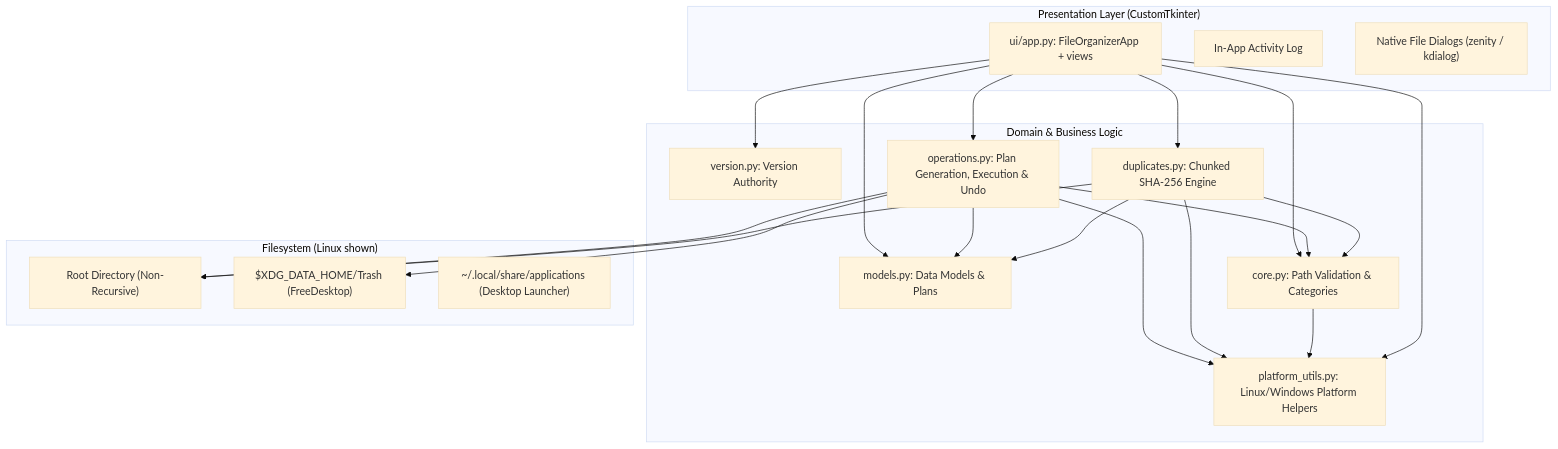
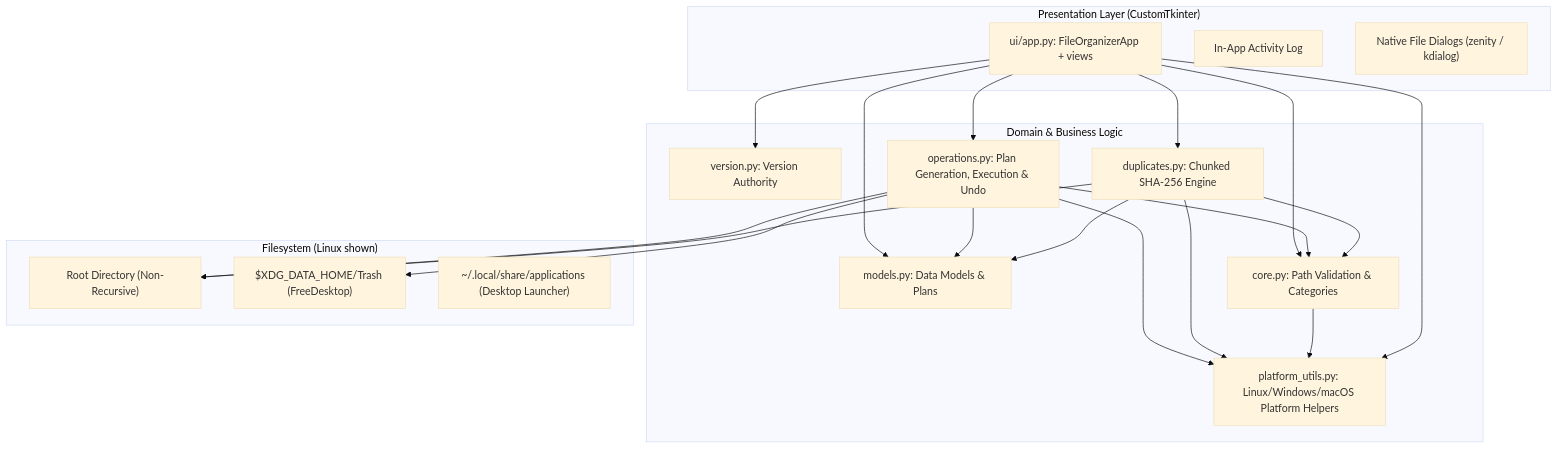
Before and after one commit to teppe21/File-Suite: the diagram in docs/DEVELOPMENT.md, drawn with Mermaid (base theme). The commit also changed other lines of this file, not shown here.

First line of the commit message:
docs(macos): cover macOS in the development guide

````diff
--- a/docs/DEVELOPMENT.md
+++ b/docs/DEVELOPMENT.md
@@ -13,40 +13,40 @@
 ```mermaid
 graph TD
     subgraph Presentation ["Presentation Layer (CustomTkinter)"]
         UI["ui/app.py: FileOrganizerApp + views"]
         LOG["In-App Activity Log"]
         DLG["Native File Dialogs (zenity / kdialog)"]
     end
 
     subgraph Domain ["Domain & Business Logic"]
         VER["version.py: Version Authority"]
         MOD["models.py: Data Models & Plans"]
         OPS["operations.py: Plan Generation, Execution & Undo"]
         DUP["duplicates.py: Chunked SHA-256 Engine"]
         CORE["core.py: Path Validation & Categories"]
-        PLAT["platform_utils.py: Linux/Windows Platform Helpers"]
+        PLAT["platform_utils.py: Linux/Windows/macOS Platform Helpers"]
     end
 
     subgraph Storage ["Filesystem (Linux shown)"]
         FS["Root Directory (Non-Recursive)"]
         TRASH["$XDG_DATA_HOME/Trash (FreeDesktop)"]
         XDG["~/.local/share/applications (Desktop Launcher)"]
     end
 
     UI --> OPS
     UI --> DUP
     UI --> MOD
     UI --> VER
     UI --> CORE
     OPS --> MOD
     OPS --> CORE
     DUP --> MOD
     DUP --> CORE
     OPS --> PLAT
     DUP --> PLAT
     CORE --> PLAT
     UI --> PLAT
     OPS --> FS
     OPS --> TRASH
     DUP --> FS
 ```
````
